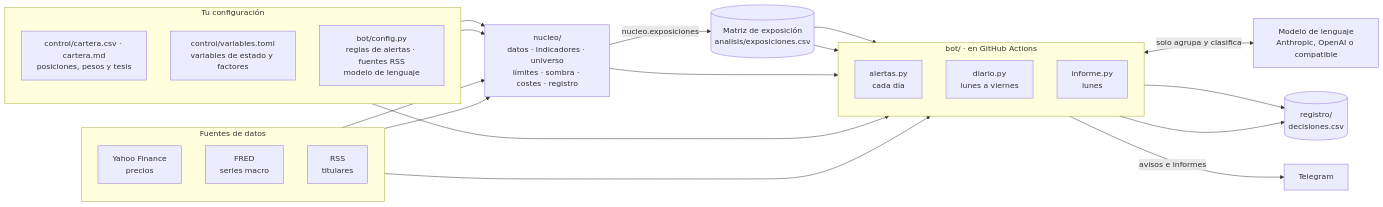
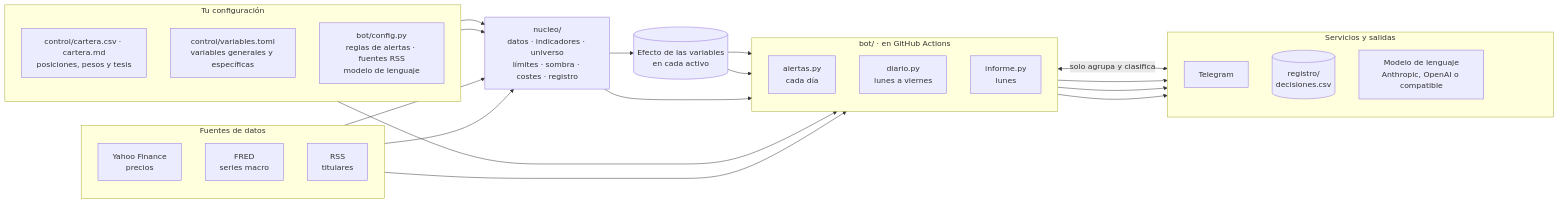
Before and after one commit to iyantp/asistente-financiero: the diagram in README.md, drawn with Mermaid. The commit also changed other lines of this file and 6 other files, not shown here.

Commit message:
README para todos y modelo de factores en construcción

````diff
--- a/README.md
+++ b/README.md
@@ -70,37 +139,42 @@
 ```mermaid
 flowchart LR
     subgraph SRC[Fuentes de datos]
         direction TB
         Y[Yahoo Finance<br/>precios]
         F[FRED<br/>series macro]
         R[RSS<br/>titulares]
     end
     subgraph CFG[Tu configuración]
         direction TB
         CA[control/cartera.csv · cartera.md<br/>posiciones, pesos y tesis]
-        VA[control/variables.toml<br/>variables de estado y factores]
+        VA[control/variables.toml<br/>variables generales y específicas]
         CB[bot/config.py<br/>reglas de alertas · fuentes RSS<br/>modelo de lenguaje]
     end
     N[nucleo/<br/>datos · indicadores · universo<br/>límites · sombra · costes · registro]
-    M[(Matriz de exposición<br/>analisis/exposiciones.csv)]
+    M[(Efecto de las variables<br/>en cada activo)]
     subgraph BOT[bot/ · en GitHub Actions]
         direction TB
         A[alertas.py<br/>cada día]
         D[diario.py<br/>lunes a viernes]
         I[informe.py<br/>lunes]
     end
-    LLM[Modelo de lenguaje<br/>Anthropic, OpenAI o compatible]
-    T[Telegram]
-    RG[(registro/<br/>decisiones.csv)]
+    subgraph OUT[Servicios y salidas]
+        direction TB
+        T[Telegram]
+        RG[(registro/<br/>decisiones.csv)]
+        LLM[Modelo de lenguaje<br/>Anthropic, OpenAI o compatible]
+        HUECO[" "]:::oculto
+    end
+    classDef oculto fill:none,stroke:none,color:transparent
 
     Y & F --> N
     CA & VA --> N
-    N -->|nucleo.exposiciones| M
+    N --> M
     N --> BOT
     CB --> BOT
     M --> D & I
     R --> D
     D <-->|solo agrupa y clasifica| LLM
-    BOT -->|avisos e informes| T
+    BOT --> T
     A & D --> RG
 ```
````
